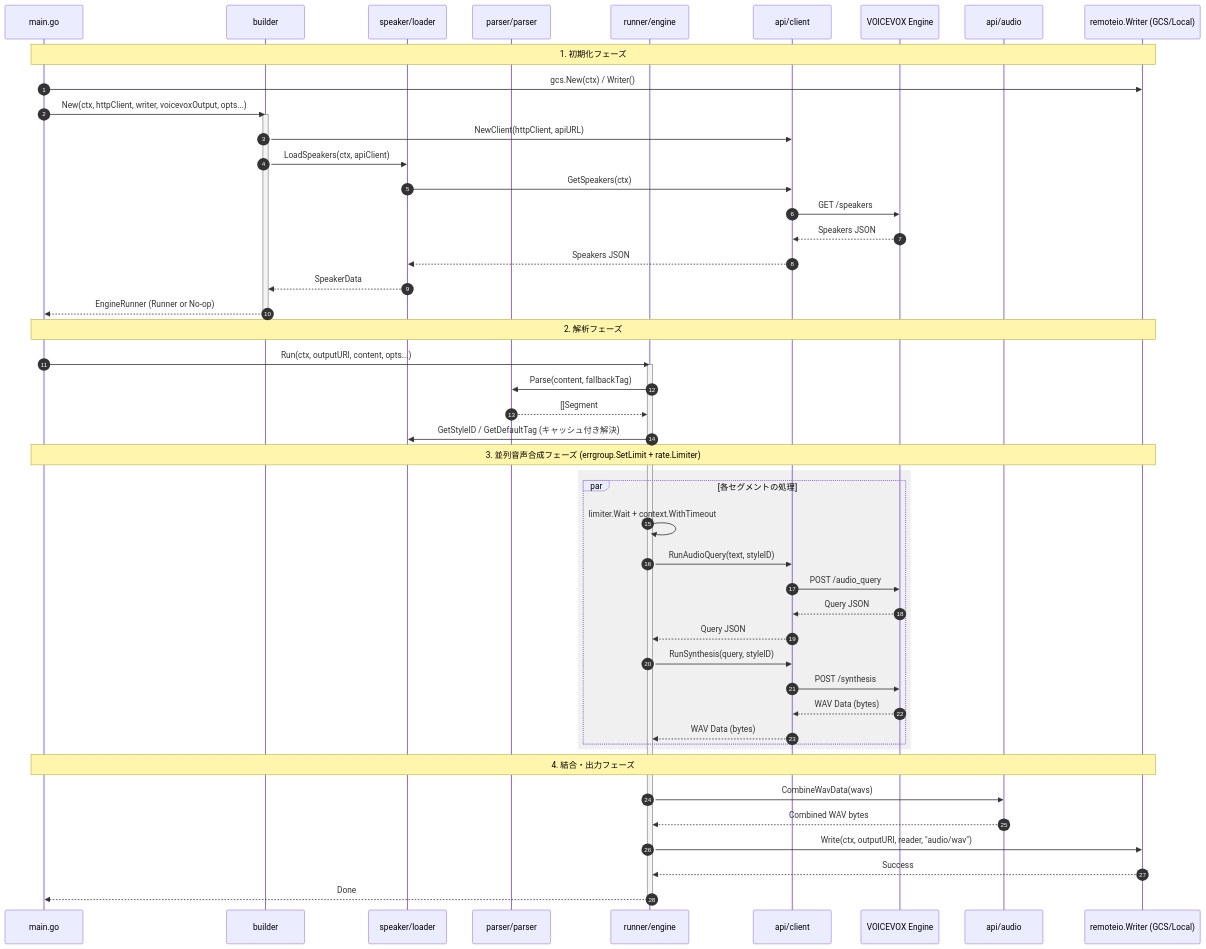
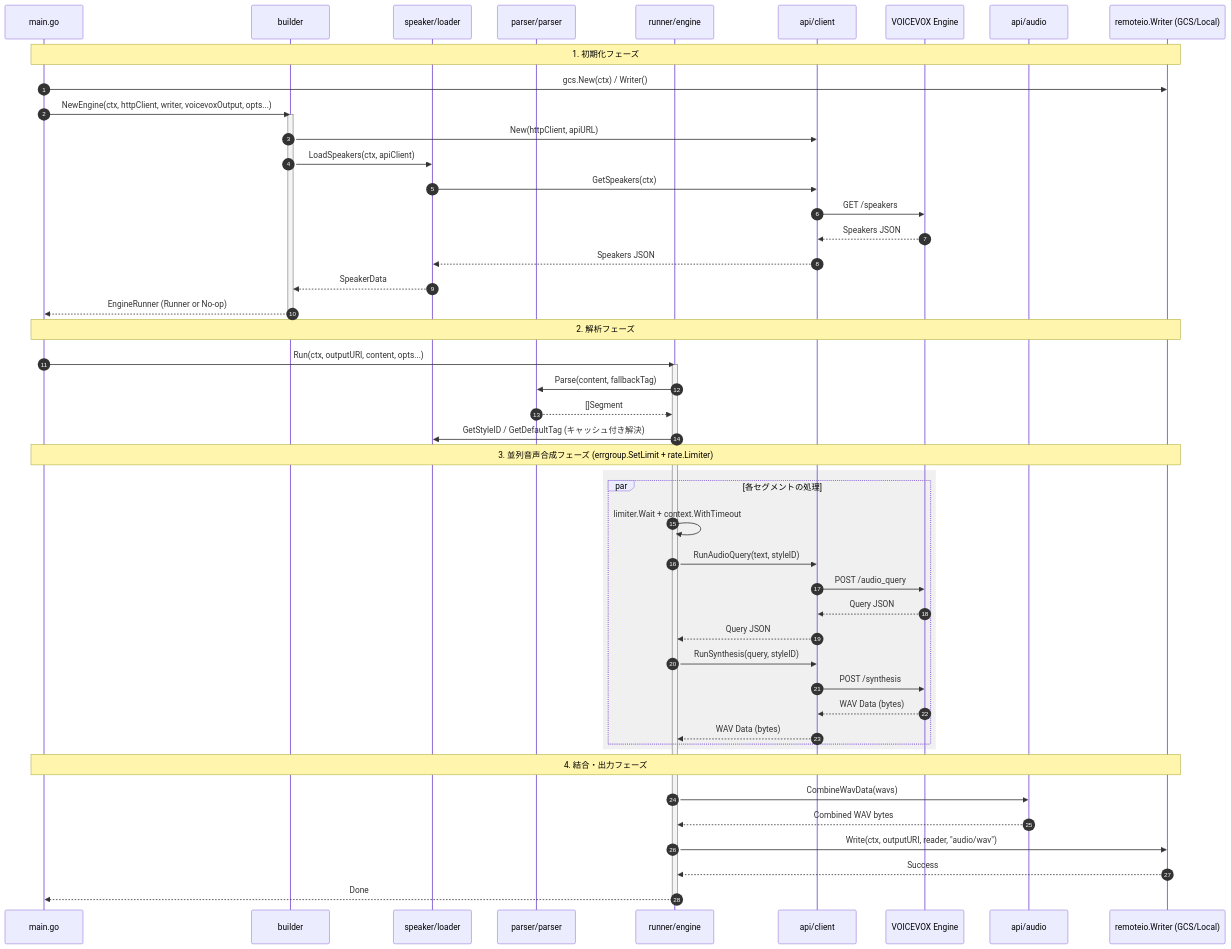
One commit to shouni/go-voicevox changed the diagram in README.md. Above: the diagram before and after it, drawn with Mermaid.

Commit message:
docs: update sequence diagram to reflect `NewEngine` and `API.New` changes

````diff
--- a/README.md
+++ b/README.md
@@ -41,53 +41,53 @@
 ```mermaid
 sequenceDiagram
     autonumber
     participant Main as main.go
     participant Builder as builder
     participant Speaker as speaker/loader
     participant Parser as parser/parser
     participant Runner as runner/engine
     participant API as api/client
     participant VV as VOICEVOX Engine
     participant WAV as api/audio
     participant Storage as remoteio.Writer (GCS/Local)
     Note over Main, Storage: 1. 初期化フェーズ
     Main->>Storage: gcs.New(ctx) / Writer()
-    Main->>Builder: New(ctx, httpClient, writer, voicevoxOutput, opts...)
+    Main->>Builder: NewEngine(ctx, httpClient, writer, voicevoxOutput, opts...)
     activate Builder
-    Builder->>API: NewClient(httpClient, apiURL)
+    Builder->>API: New(httpClient, apiURL)
     Builder->>Speaker: LoadSpeakers(ctx, apiClient)
     Speaker->>API: GetSpeakers(ctx)
     API->>VV: GET /speakers
     VV-->>API: Speakers JSON
     API-->>Speaker: Speakers JSON
     Speaker-->>Builder: SpeakerData
     Builder-->>Main: EngineRunner (Runner or No-op)
     deactivate Builder
     Note over Main, Storage: 2. 解析フェーズ
     Main->>Runner: Run(ctx, outputURI, content, opts...)
     activate Runner
     Runner->>Parser: Parse(content, fallbackTag)
     Parser-->>Runner: []Segment
     Runner->>Speaker: GetStyleID / GetDefaultTag (キャッシュ付き解決)
     Note over Main, Storage: 3. 並列音声合成フェーズ (errgroup.SetLimit + rate.Limiter)
     rect rgb(240, 240, 240)
         par 各セグメントの処理
             Runner->>Runner: limiter.Wait + context.WithTimeout
             Runner->>API: RunAudioQuery(text, styleID)
             API->>VV: POST /audio_query
             VV-->>API: Query JSON
             API-->>Runner: Query JSON
             Runner->>API: RunSynthesis(query, styleID)
             API->>VV: POST /synthesis
             VV-->>API: WAV Data (bytes)
             API-->>Runner: WAV Data (bytes)
         end
     end
     Note over Main, Storage: 4. 結合・出力フェーズ
     Runner->>WAV: CombineWavData(wavs)
     WAV-->>Runner: Combined WAV bytes
     Runner->>Storage: Write(ctx, outputURI, reader, "audio/wav")
     Storage-->>Runner: Success
     Runner-->>Main: Done
     deactivate Runner
 ```
````
